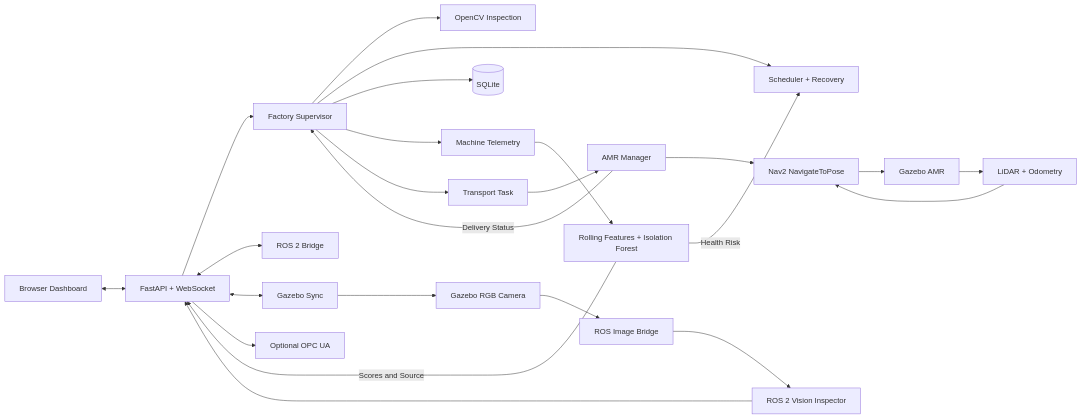
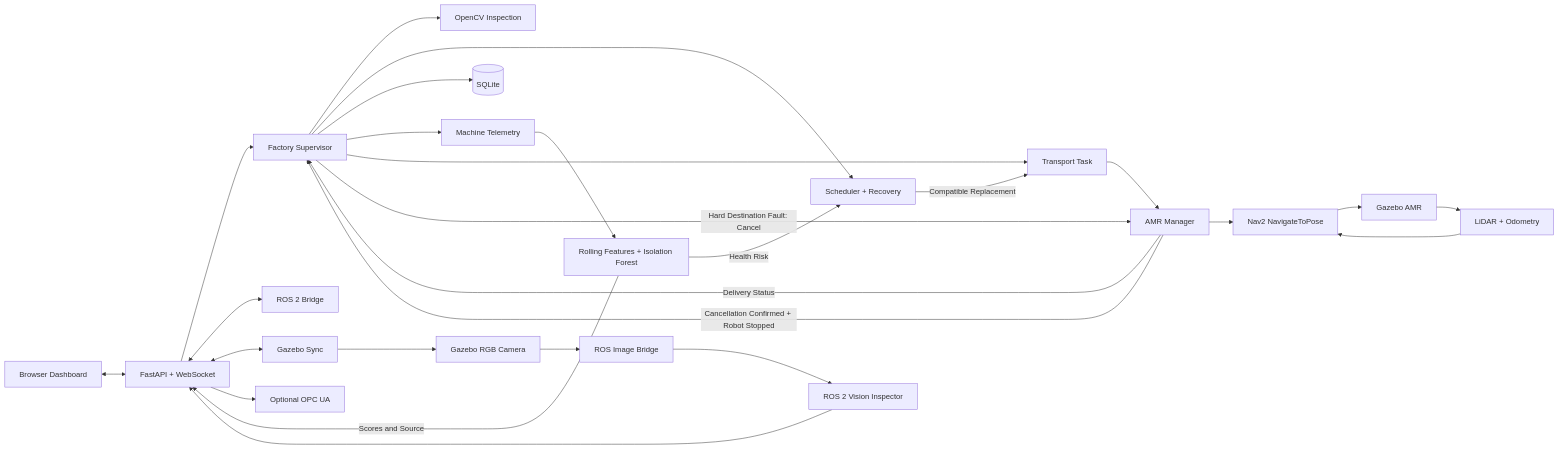
Before and after one commit to jalal006/reconfactory-digital-twin: the diagram in README.md, drawn with Mermaid. The commit also changed other lines of this file and 19 other files, not shown here.

Commit message:
Add fault-aware AMR replanning and resilience verification

````diff
--- a/README.md
+++ b/README.md
@@ -67,26 +67,29 @@
 ```mermaid
 flowchart LR
     UI[Browser Dashboard] <--> API[FastAPI + WebSocket]
     API --> SUP[Factory Supervisor]
     SUP --> VIS[OpenCV Inspection]
     SUP --> SCH[Scheduler + Recovery]
     SUP --> DB[(SQLite)]
     SUP --> TELEMETRY[Machine Telemetry]
     TELEMETRY --> HEALTH[Rolling Features + Isolation Forest]
     HEALTH -->|Health Risk| SCH
     HEALTH -->|Scores and Source| API
     API <--> ROS[ROS 2 Bridge]
     API <--> GZ[Gazebo Sync]
     GZ --> CAM[Gazebo RGB Camera]
     CAM --> ROSIMG[ROS Image Bridge]
     ROSIMG --> VISNODE[ROS 2 Vision Inspector]
     VISNODE --> API
     SUP --> TASK[Transport Task]
     TASK --> AMR[AMR Manager]
     AMR --> NAV[Nav2 NavigateToPose]
     NAV --> ROBOT[Gazebo AMR]
     ROBOT --> SENS[LiDAR + Odometry]
     SENS --> NAV
     AMR -->|Delivery Status| SUP
+    SUP -->|Hard Destination Fault: Cancel| AMR
+    AMR -->|Cancellation Confirmed + Robot Stopped| SUP
+    SCH -->|Compatible Replacement| TASK
     API --> OPC[Optional OPC UA]
 ```
````
